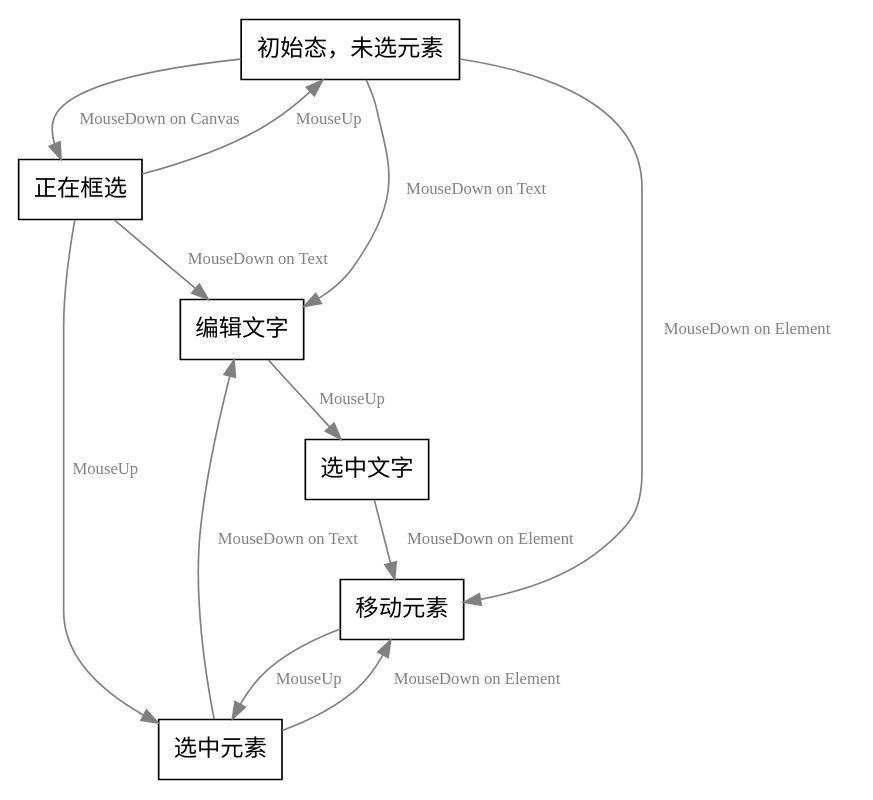
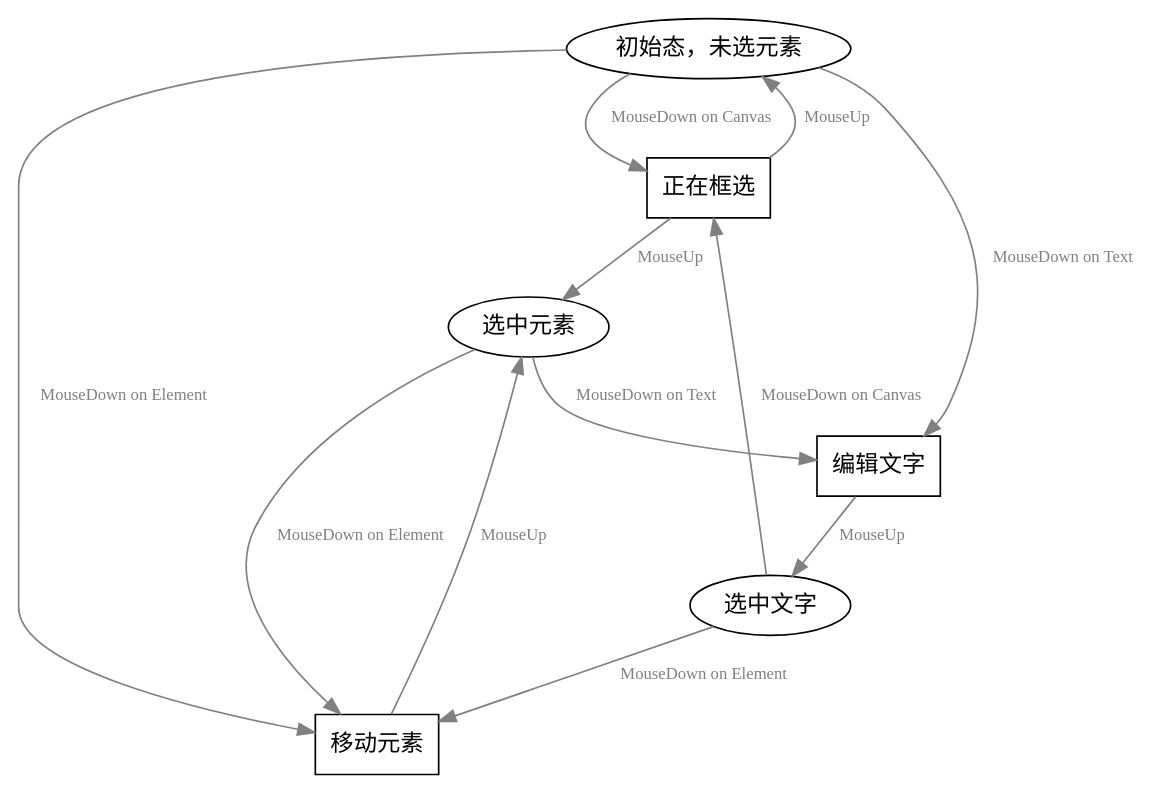
Before and after one commit to renmin/SimplestSlide: the diagram in select-state.dot, drawn with Graphviz.

Commit message:
椭圆表示普通态，矩形表示mouse down状态

```diff
--- a/select-state.dot
+++ b/select-state.dot
@@ -1,29 +1,29 @@
 digraph G {
-	node [shape=record]; 
+	node [shape=ellipse]; 
 	edge [fontsize=10, color=gray, fontcolor=gray]
-	
 
 	S0 [
 	 label= "初始态，未选元素"
 	]
 	S1 [
 	 label= "选中元素"
 	]
+	S_T [label = "选中文字"]
 
+	node [shape=record]; 
 	Selecting[
 		label="正在框选"
 	]
 	E0 [label="编辑文字"]
-	S_T [label = "选中文字"]
 
 	M1[label="移动元素"]
 
 	{S0,S1,S_T} -> M1 [label="MouseDown on Element"]
 	M1->S1 [label="MouseUp"]
 		
-	S0 -> Selecting [label="MouseDown on Canvas"]
+	{S0,S_T} -> Selecting [label="MouseDown on Canvas"]
 	Selecting-> {S0,S1} [label="MouseUp"]
-	{S0,S1,Selecting} -> E0 [label="MouseDown on Text"]
+	{S0,S1} -> E0 [label="MouseDown on Text"]
 	E0-> S_T [label="MouseUp"]
 
 }
```
